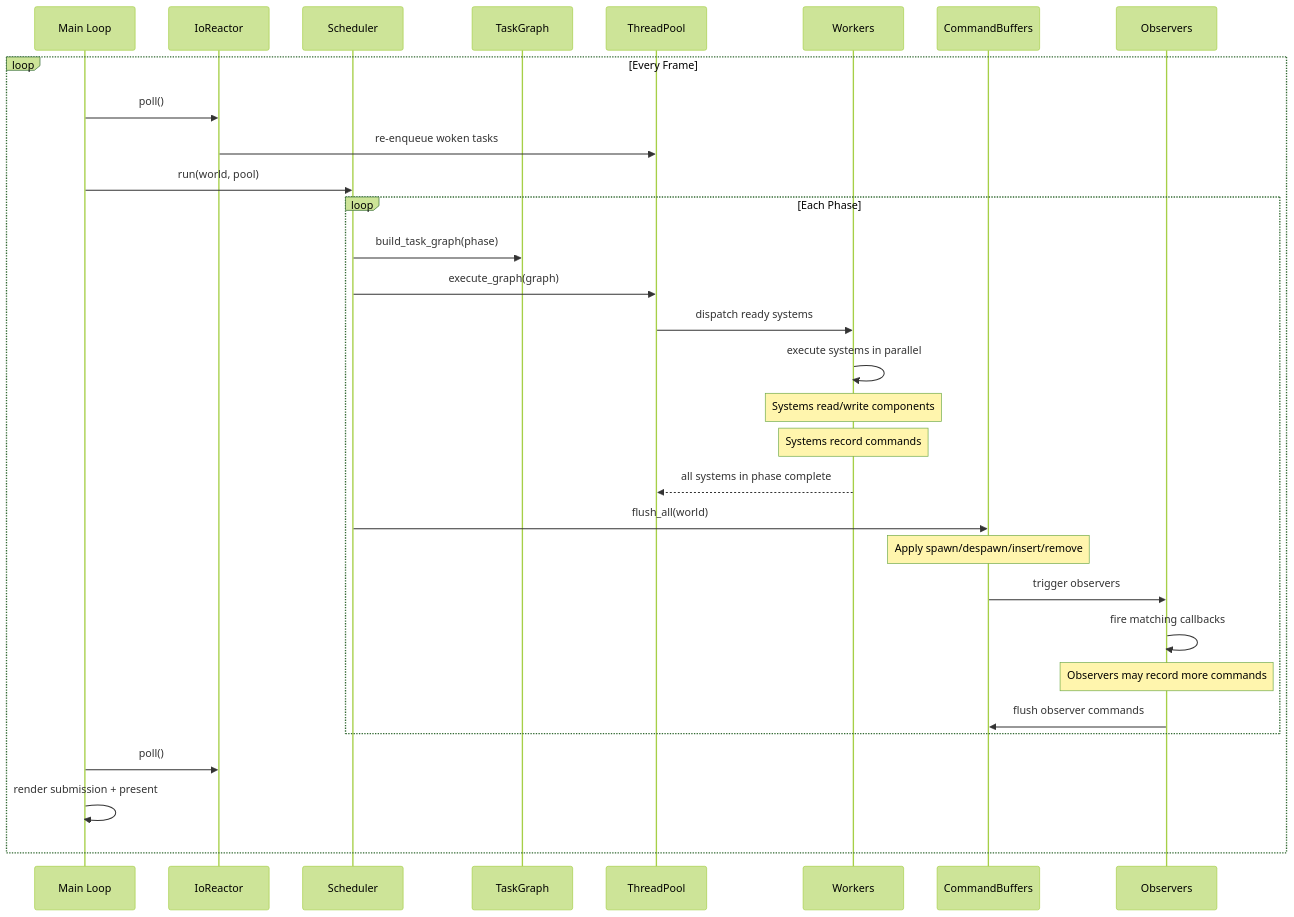
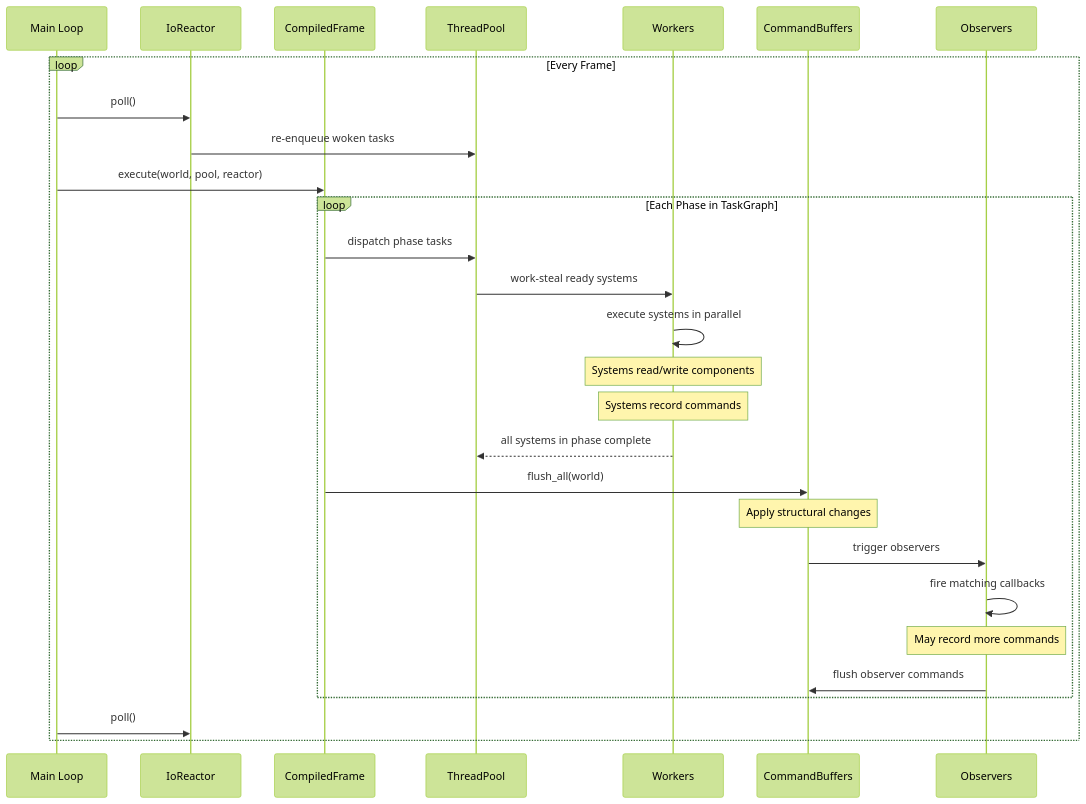
One commit to harmonius-dev/harmonius changed the sixth of 9 diagrams in docs/design/core-runtime/ecs.md. Above: the diagram before and after it, drawn with Mermaid (forest theme). The commit also changed other lines of this file and 375 other files, not shown here.

````diff
--- a/docs/design/core-runtime/ecs.md
+++ b/docs/design/core-runtime/ecs.md
@@ -2284,38 +2289,35 @@
 ```mermaid
 sequenceDiagram
     participant ML as Main Loop
     participant RE as IoReactor
-    participant SC as Scheduler
-    participant TG as TaskGraph
+    participant CF as CompiledFrame
     participant TP as ThreadPool
     participant W as Workers
     participant CB as CommandBuffers
     participant OB as Observers
 
     loop Every Frame
         ML->>RE: poll()
         RE->>TP: re-enqueue woken tasks
 
-        ML->>SC: run(world, pool)
+        ML->>CF: execute(world, pool, reactor)
 
-        loop Each Phase
-            SC->>TG: build_task_graph(phase)
-            SC->>TP: execute_graph(graph)
-            TP->>W: dispatch ready systems
+        loop Each Phase in TaskGraph
+            CF->>TP: dispatch phase tasks
+            TP->>W: work-steal ready systems
             W->>W: execute systems in parallel
             Note over W: Systems read/write components
             Note over W: Systems record commands
             W-->>TP: all systems in phase complete
 
-            SC->>CB: flush_all(world)
-            Note over CB: Apply spawn/despawn/insert/remove
+            CF->>CB: flush_all(world)
+            Note over CB: Apply structural changes
             CB->>OB: trigger observers
             OB->>OB: fire matching callbacks
-            Note over OB: Observers may record more commands
+            Note over OB: May record more commands
             OB->>CB: flush observer commands
         end
 
         ML->>RE: poll()
-        ML->>ML: render submission + present
     end
 ```
````
